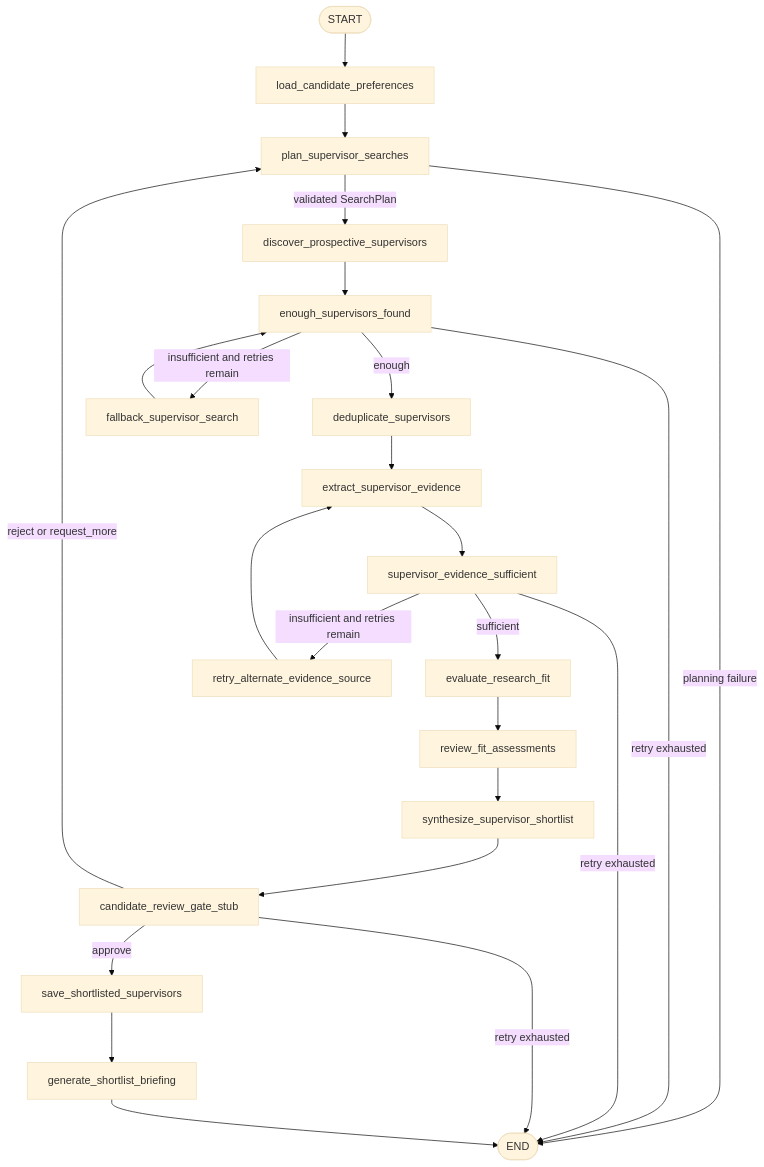
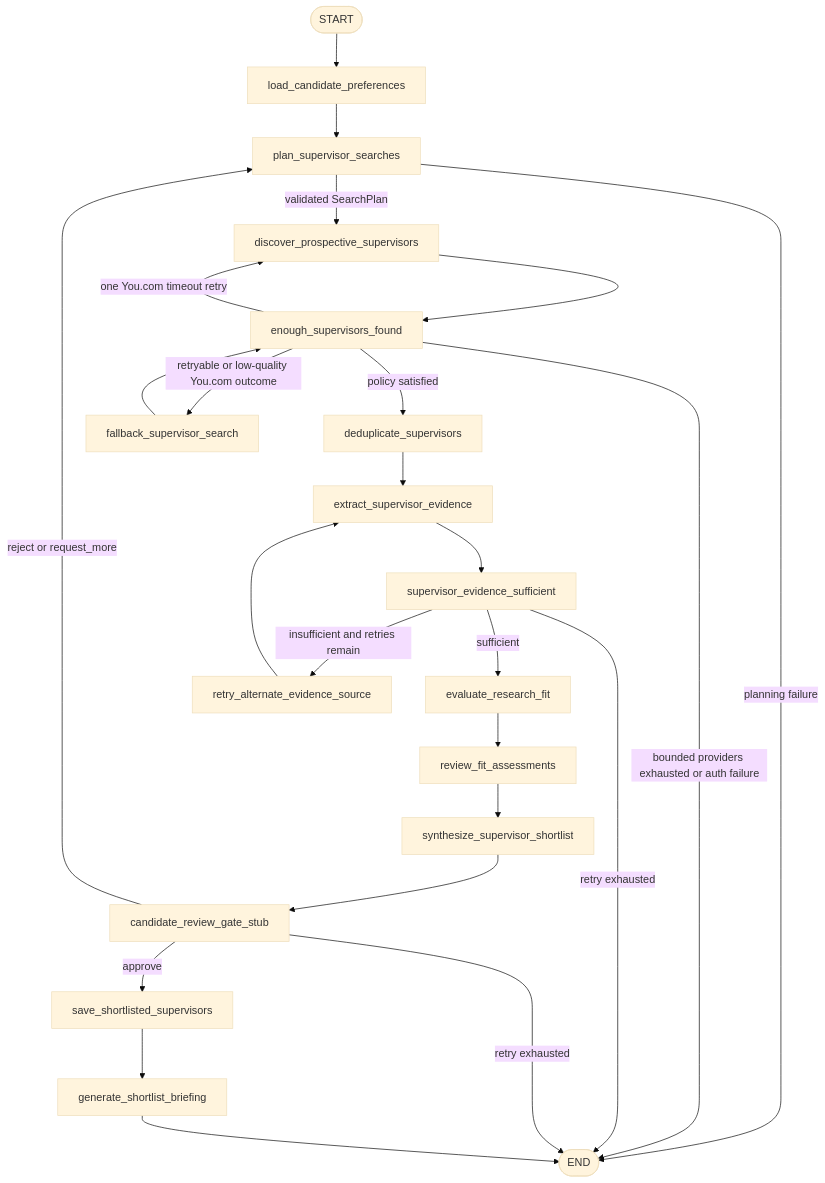
Before and after one commit to shanly-rajan/ai-builder: the second of 6 diagrams in projects/scholar-path/README.md, drawn with Mermaid (base theme). The commit also changed other lines of this file and 35 other files, not shown here.

Commit message:
feat: add resilient Supervisor discovery with Tavily fallback

````diff
--- a/projects/scholar-path/README.md
+++ b/projects/scholar-path/README.md
@@ -82,26 +82,27 @@
 ```mermaid
 flowchart TD
     START([START]) --> Load[load_candidate_preferences]
     Load --> Plan[plan_supervisor_searches]
     Plan -->|validated SearchPlan| Discover[discover_prospective_supervisors]
     Plan -->|planning failure| END([END])
     Discover --> Found[enough_supervisors_found]
-    Found -->|enough| Dedupe[deduplicate_supervisors]
-    Found -->|insufficient and retries remain| Fallback[fallback_supervisor_search]
-    Found -->|retry exhausted| END
+    Found -->|policy satisfied| Dedupe[deduplicate_supervisors]
+    Found -->|retryable or low-quality You.com outcome| Fallback[fallback_supervisor_search]
+    Found -->|one You.com timeout retry| Discover
+    Found -->|bounded providers exhausted or auth failure| END
     Fallback --> Found
     Dedupe --> Extract[extract_supervisor_evidence]
     Extract --> Evidence[supervisor_evidence_sufficient]
     Evidence -->|sufficient| Evaluate[evaluate_research_fit]
     Evidence -->|insufficient and retries remain| Alternate[retry_alternate_evidence_source]
     Evidence -->|retry exhausted| END
     Alternate --> Extract
     Evaluate --> Review[review_fit_assessments]
     Review --> Synthesize[synthesize_supervisor_shortlist]
     Synthesize --> Gate[candidate_review_gate_stub]
     Gate -->|approve| Save[save_shortlisted_supervisors]
     Gate -->|reject or request_more| Plan
     Gate -->|retry exhausted| END
     Save --> Brief[generate_shortlist_briefing]
     Brief --> END
 ```
````
